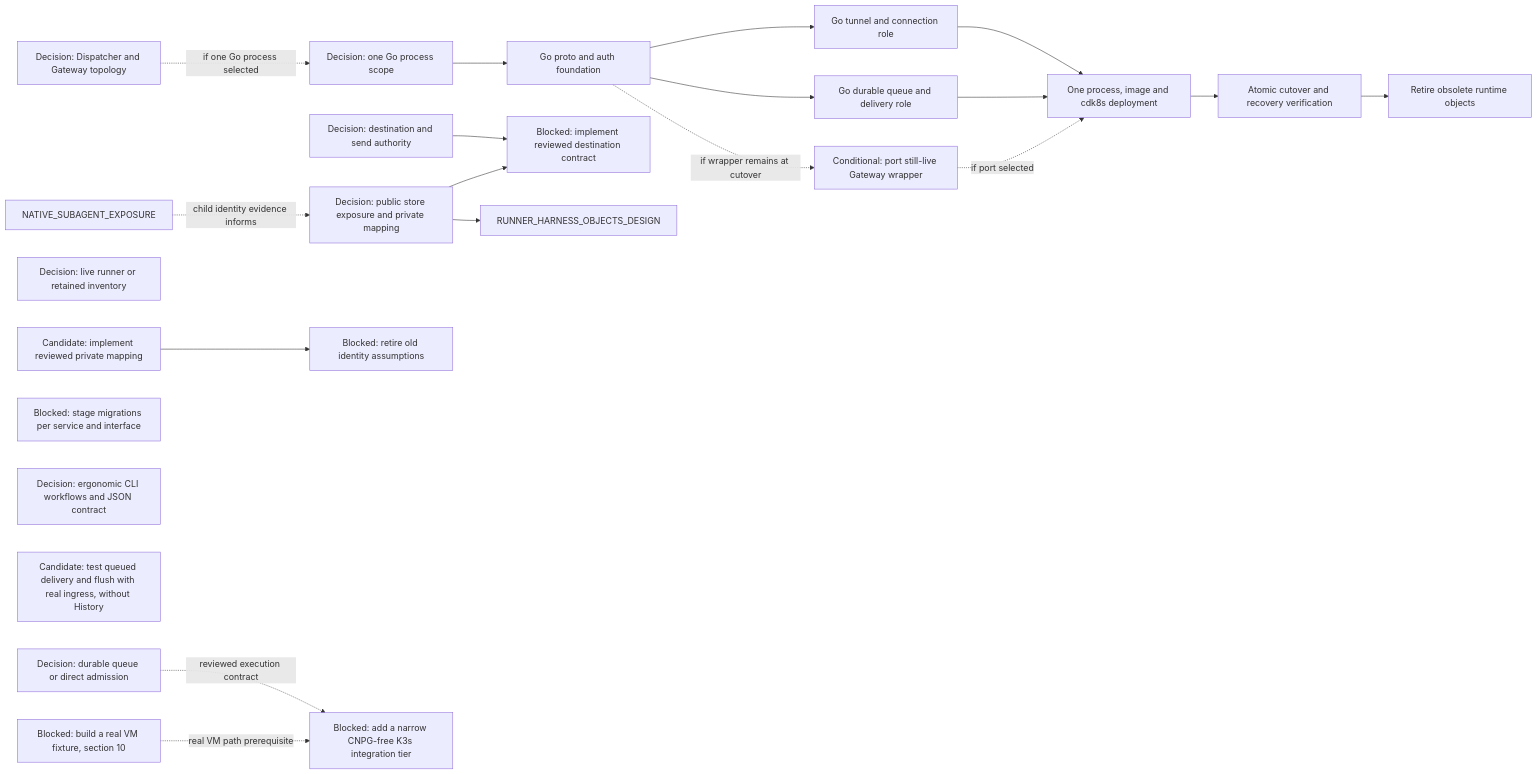
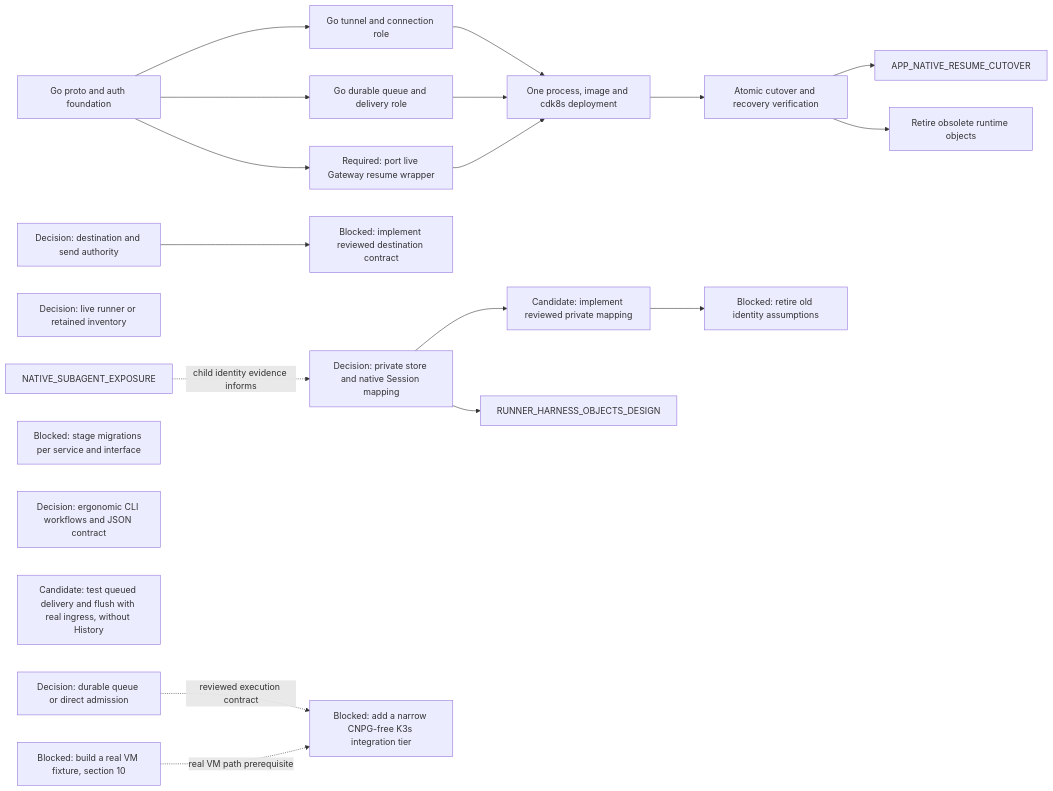
One commit to agentydragon-agent/ducktape changed diagram 17 of 17 in agentplane/plans/task_dag.md. Above: the diagram before and after it, drawn with Mermaid. The commit also changed other lines of this file and 1 other file, not shown here.

````diff
--- a/agentplane/plans/task_dag.md
+++ b/agentplane/plans/task_dag.md
@@ -1493,41 +1495,38 @@
 ```mermaid
 flowchart LR
     DISPATCHER_PERSISTENCE_MODEL_DESIGN[Decision: durable queue or direct admission]
-    DISPATCHER_GATEWAY_TOPOLOGY_DESIGN[Decision: Dispatcher and Gateway topology]
-    DELIVERY_UNIFICATION_SCOPE_DECISION[Decision: one Go process scope]
     DELIVERY_GO_PROTOCOL_AUTH[Go proto and auth foundation]
     DELIVERY_GO_GATEWAY[Go tunnel and connection role]
     DELIVERY_GO_DISPATCHER[Go durable queue and delivery role]
-    DELIVERY_GO_LEGACY_WRAPPER[Conditional: port still-live Gateway wrapper]
+    DELIVERY_GO_LEGACY_WRAPPER[Required: port live Gateway resume wrapper]
     DELIVERY_GO_INTEGRATION[One process, image and cdk8s deployment]
     DELIVERY_UNIFIED_CUTOVER[Atomic cutover and recovery verification]
     DELIVERY_OLD_RUNTIME_RETIRE[Retire obsolete runtime objects]
     RUNNER_INVENTORY_AUTHORITY_DESIGN[Decision: live runner or retained inventory]
     DELIVERY_DESTINATION_AUTHORITY_DESIGN[Decision: destination and send authority]
     DELIVERY_DESTINATION_CONTRACT[Blocked: implement reviewed destination contract]
-    HARNESS_IDENTITY_DESIGN[Decision: public store exposure and private mapping]
+    HARNESS_IDENTITY_DESIGN[Decision: private store and native Session mapping]
     RUNNER_STORE_SESSION_IDENTITY[Candidate: implement reviewed private mapping]
     RUNNER_IDENTITY_LEGACY_CLEANUP[Blocked: retire old identity assumptions]
     SERVICE_API_TRANSPORT_MIGRATIONS[Blocked: stage migrations per service and interface]
     AGENT_API_TOOLING_DESIGN[Decision: ergonomic CLI workflows and JSON contract]
     RUNNER_DELIVERY_INGRESS_ACCEPTANCE[Candidate: test queued delivery and flush with real ingress, without History]
     CNPG_FREE_K3S_INTEGRATION_TIER[Blocked: add a narrow CNPG-free K3s integration tier]
     K3S_VM_IMAGE[Blocked: build a real VM fixture, section 10]
-    DISPATCHER_GATEWAY_TOPOLOGY_DESIGN -. if one Go process selected .-> DELIVERY_UNIFICATION_SCOPE_DECISION
-    DELIVERY_UNIFICATION_SCOPE_DECISION --> DELIVERY_GO_PROTOCOL_AUTH
     DELIVERY_GO_PROTOCOL_AUTH --> DELIVERY_GO_GATEWAY
     DELIVERY_GO_PROTOCOL_AUTH --> DELIVERY_GO_DISPATCHER
-    DELIVERY_GO_PROTOCOL_AUTH -. if wrapper remains at cutover .-> DELIVERY_GO_LEGACY_WRAPPER
+    DELIVERY_GO_PROTOCOL_AUTH --> DELIVERY_GO_LEGACY_WRAPPER
     DELIVERY_GO_GATEWAY --> DELIVERY_GO_INTEGRATION
     DELIVERY_GO_DISPATCHER --> DELIVERY_GO_INTEGRATION
-    DELIVERY_GO_LEGACY_WRAPPER -. if port selected .-> DELIVERY_GO_INTEGRATION
+    DELIVERY_GO_LEGACY_WRAPPER --> DELIVERY_GO_INTEGRATION
     DELIVERY_GO_INTEGRATION --> DELIVERY_UNIFIED_CUTOVER
+    DELIVERY_UNIFIED_CUTOVER --> APP_NATIVE_RESUME_CUTOVER
     DELIVERY_UNIFIED_CUTOVER --> DELIVERY_OLD_RUNTIME_RETIRE
     DELIVERY_DESTINATION_AUTHORITY_DESIGN --> DELIVERY_DESTINATION_CONTRACT
-    HARNESS_IDENTITY_DESIGN --> DELIVERY_DESTINATION_CONTRACT
     RUNNER_STORE_SESSION_IDENTITY --> RUNNER_IDENTITY_LEGACY_CLEANUP
     NATIVE_SUBAGENT_EXPOSURE -. child identity evidence informs .-> HARNESS_IDENTITY_DESIGN
+    HARNESS_IDENTITY_DESIGN --> RUNNER_STORE_SESSION_IDENTITY
     HARNESS_IDENTITY_DESIGN --> RUNNER_HARNESS_OBJECTS_DESIGN
     DISPATCHER_PERSISTENCE_MODEL_DESIGN -. reviewed execution contract .-> CNPG_FREE_K3S_INTEGRATION_TIER
     K3S_VM_IMAGE -. real VM path prerequisite .-> CNPG_FREE_K3S_INTEGRATION_TIER
 ```
````
